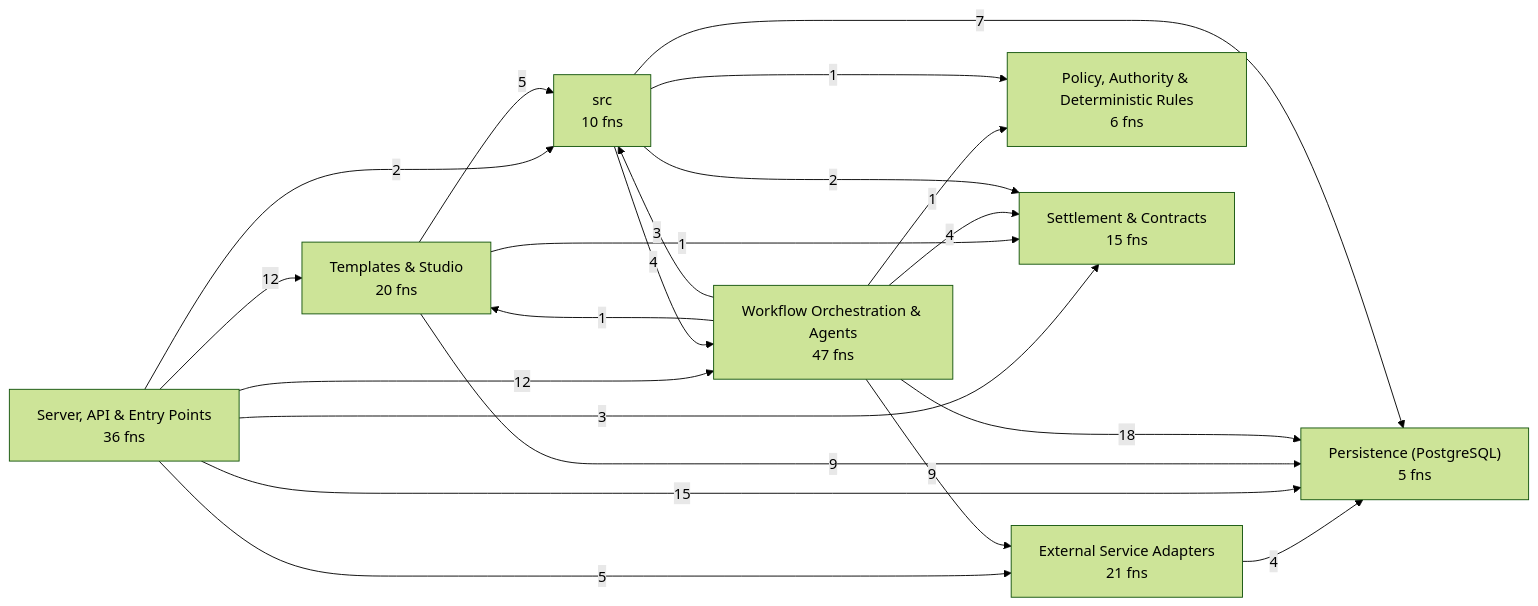
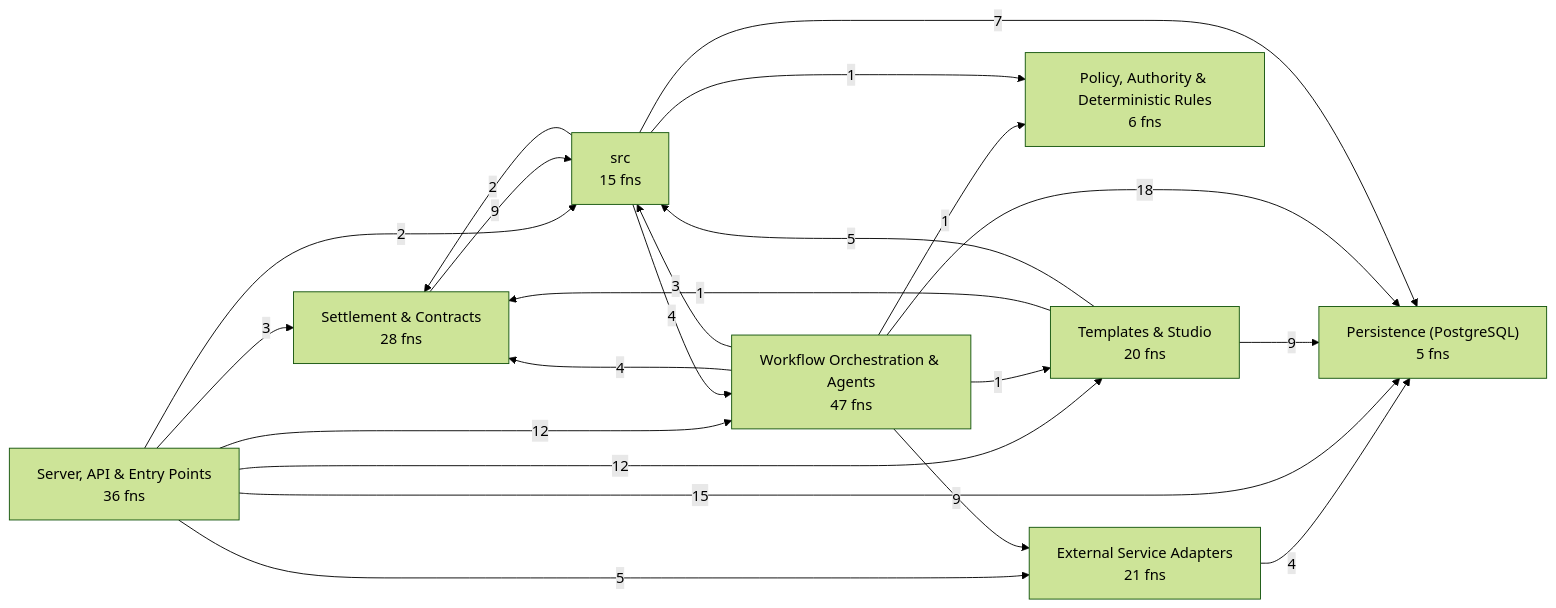
One commit to Jaydearcadian/bind changed the first of 8 diagrams in docs/CODEBASE_MAP.md. Above: the diagram before and after it, drawn with Mermaid (forest theme). The commit also changed other lines of this file and 14 other files, not shown here.

````diff
--- a/docs/CODEBASE_MAP.md
+++ b/docs/CODEBASE_MAP.md
@@ -12,31 +12,32 @@
 ```mermaid
 flowchart LR
   L0["External Service Adapters<br/>21 fns"]
   L1["Persistence (PostgreSQL)<br/>5 fns"]
   L2["Policy, Authority & Deterministic Rules<br/>6 fns"]
   L3["Server, API & Entry Points<br/>36 fns"]
-  L4["Settlement & Contracts<br/>15 fns"]
+  L4["Settlement & Contracts<br/>28 fns"]
   L5["Templates & Studio<br/>20 fns"]
   L6["Workflow Orchestration & Agents<br/>47 fns"]
-  L7["src<br/>10 fns"]
+  L7["src<br/>15 fns"]
   L0 -->|4| L1
   L3 -->|5| L0
   L3 -->|15| L1
   L3 -->|3| L4
   L3 -->|12| L5
   L3 -->|12| L6
   L3 -->|2| L7
+  L4 -->|9| L7
   L5 -->|9| L1
   L5 -->|1| L4
   L5 -->|5| L7
   L6 -->|9| L0
   L6 -->|18| L1
   L6 -->|1| L2
   L6 -->|4| L4
   L6 -->|1| L5
   L6 -->|3| L7
   L7 -->|7| L1
   L7 -->|1| L2
   L7 -->|2| L4
   L7 -->|4| L6
 ```
````
